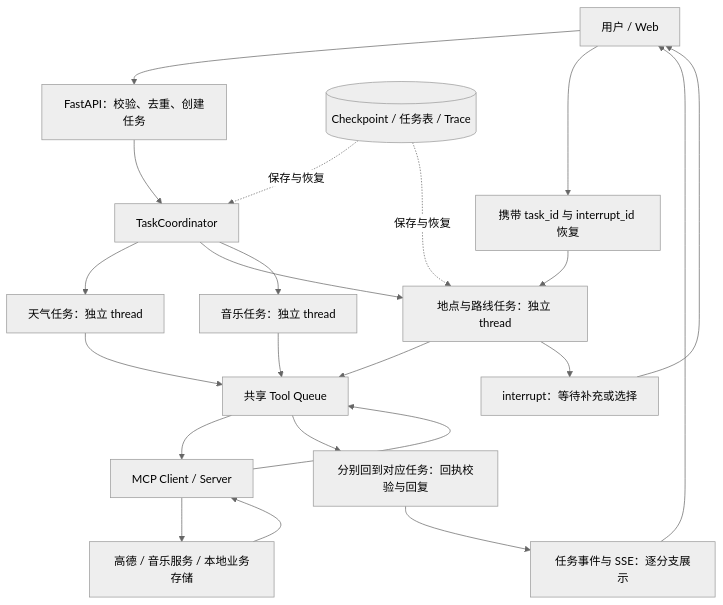
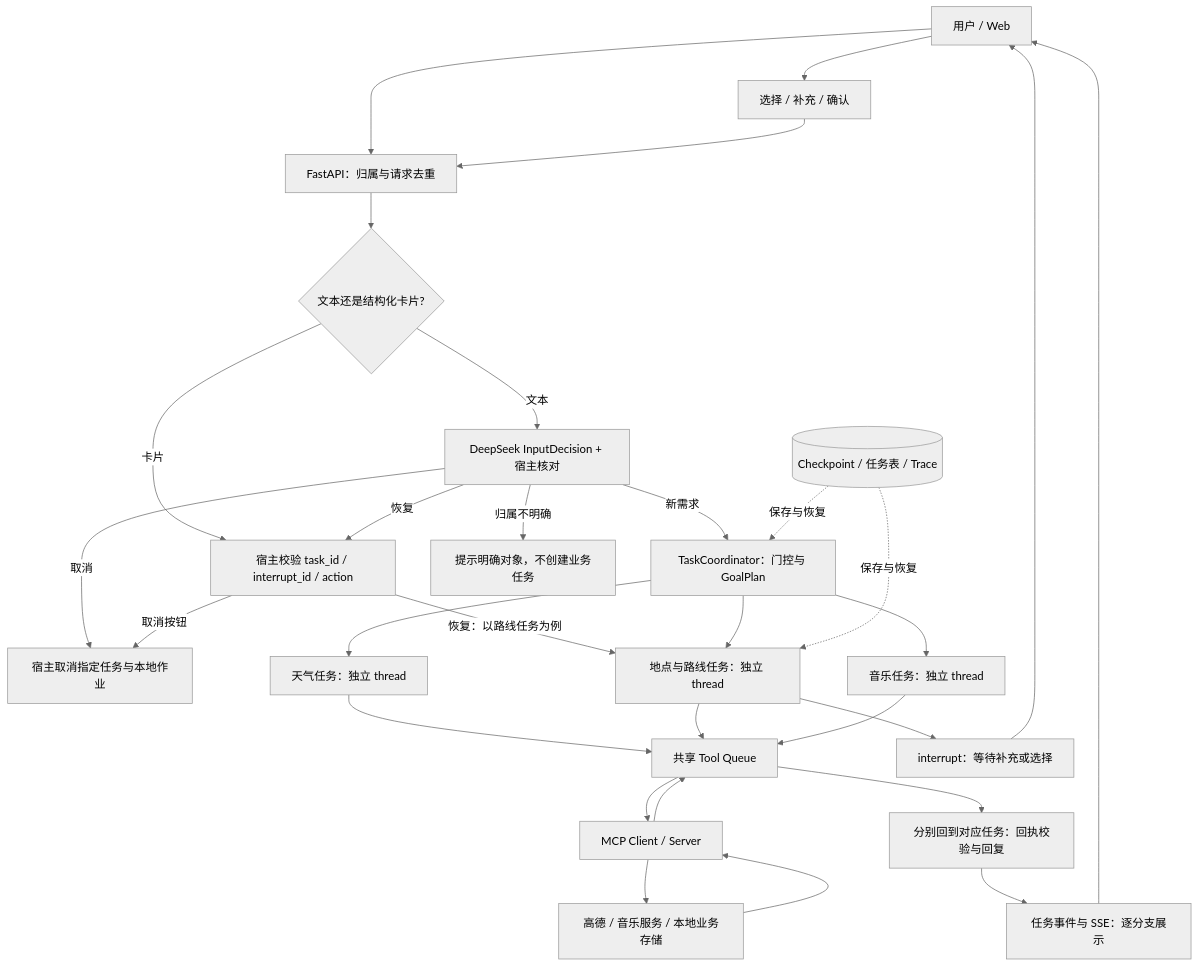
One commit to 0FreyaS/LifePlus-Agent-Harness changed the first of 8 diagrams in docs/LifePlus-Agent-Harness-架构执行与面试指南.md. Above: the diagram before and after it, drawn with Mermaid (neutral theme). The commit also changed other lines of this file and 1 other file, not shown here.

````diff
--- a/docs/LifePlus-Agent-Harness-架构执行与面试指南.md
+++ b/docs/LifePlus-Agent-Harness-架构执行与面试指南.md
@@ -88,24 +104,32 @@
 ```mermaid
 flowchart TD
-    U[用户 / Web] --> A[FastAPI：校验、去重、创建任务]
-    A --> C[TaskCoordinator]
+    U[用户 / Web] --> A[FastAPI：归属与请求去重]
+    A --> E0{文本还是结构化卡片?}
+    E0 -->|文本| EV[DeepSeek InputDecision + 宿主核对]
+    E0 -->|卡片| H[宿主校验 task_id / interrupt_id / action]
+    EV -->|新需求| C[TaskCoordinator：门控与 GoalPlan]
+    EV -->|恢复| H
+    EV -->|取消| CAN[宿主取消指定任务与本地作业]
+    EV -->|归属不明确| ASK[提示明确对象，不创建业务任务]
+    H -->|恢复：以路线任务为例| N
+    H -->|取消按钮| CAN
     C --> W[天气任务：独立 thread]
     C --> N[地点与路线任务：独立 thread]
     C --> M[音乐任务：独立 thread]
     W --> Q[共享 Tool Queue]
     N --> Q
     M --> Q
     Q --> MCP[MCP Client / Server]
     MCP --> P[高德 / 音乐服务 / 本地业务存储]
     P --> MCP
     MCP --> Q
     Q --> V[分别回到对应任务：回执校验与回复]
     V --> E[任务事件与 SSE：逐分支展示]
     E --> U
     N --> I[interrupt：等待补充或选择]
     I --> U
-    U --> R[携带 task_id 与 interrupt_id 恢复]
-    R --> N
+    U --> R[选择 / 补充 / 确认]
+    R --> A
     DB[(Checkpoint / 任务表 / Trace)] -.保存与恢复.-> C
     DB -.保存与恢复.-> N
 ```
````
